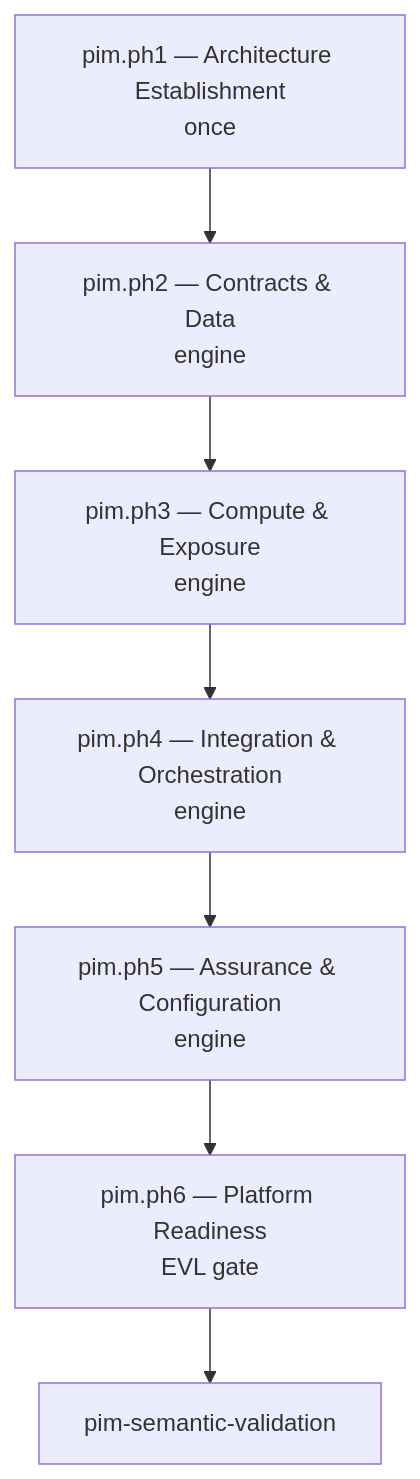
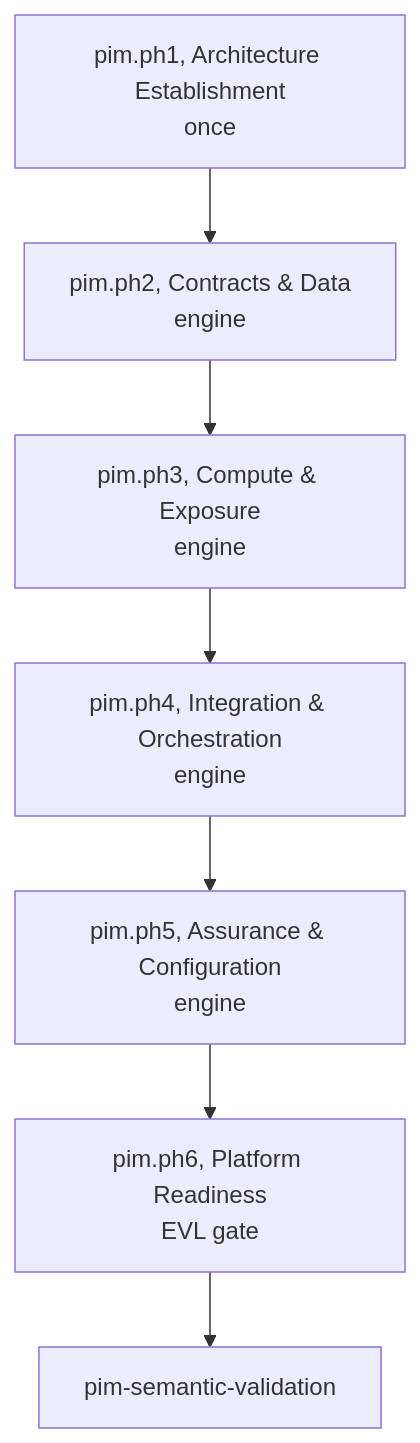
The first of 3 diagrams in docs/diagrams/25-pim-methodology.md (mehdieidi/modriss), drawn with Mermaid before and after one commit. The commit also changed other lines of this file and 123 other files, not shown here.

````diff
--- a/docs/diagrams/25-pim-methodology.md
+++ b/docs/diagrams/25-pim-methodology.md
@@ -7,12 +7,12 @@
 ```mermaid
 flowchart TB
-    ph1["pim.ph1 — Architecture Establishment<br/>once"]
-    ph2["pim.ph2 — Contracts & Data<br/>engine"]
-    ph3["pim.ph3 — Compute & Exposure<br/>engine"]
-    ph4["pim.ph4 — Integration & Orchestration<br/>engine"]
-    ph5["pim.ph5 — Assurance & Configuration<br/>engine"]
-    ph6["pim.ph6 — Platform Readiness<br/>EVL gate"]
+    ph1["pim.ph1, Architecture Establishment<br/>once"]
+    ph2["pim.ph2, Contracts & Data<br/>engine"]
+    ph3["pim.ph3, Compute & Exposure<br/>engine"]
+    ph4["pim.ph4, Integration & Orchestration<br/>engine"]
+    ph5["pim.ph5, Assurance & Configuration<br/>engine"]
+    ph6["pim.ph6, Platform Readiness<br/>EVL gate"]
     gate["pim-semantic-validation"]
 
     ph1 --> ph2 --> ph3 --> ph4 --> ph5 --> ph6 --> gate
 ```
````
